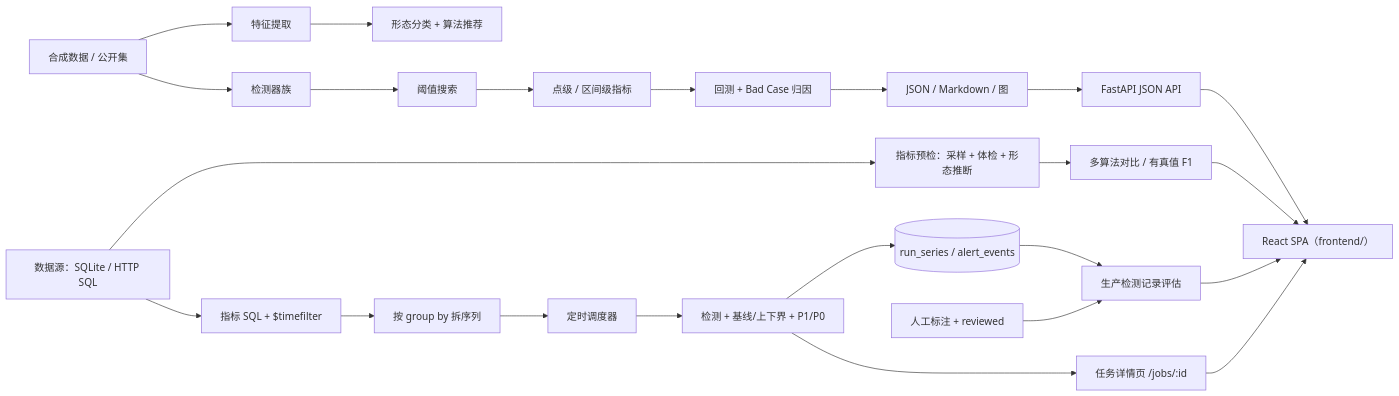
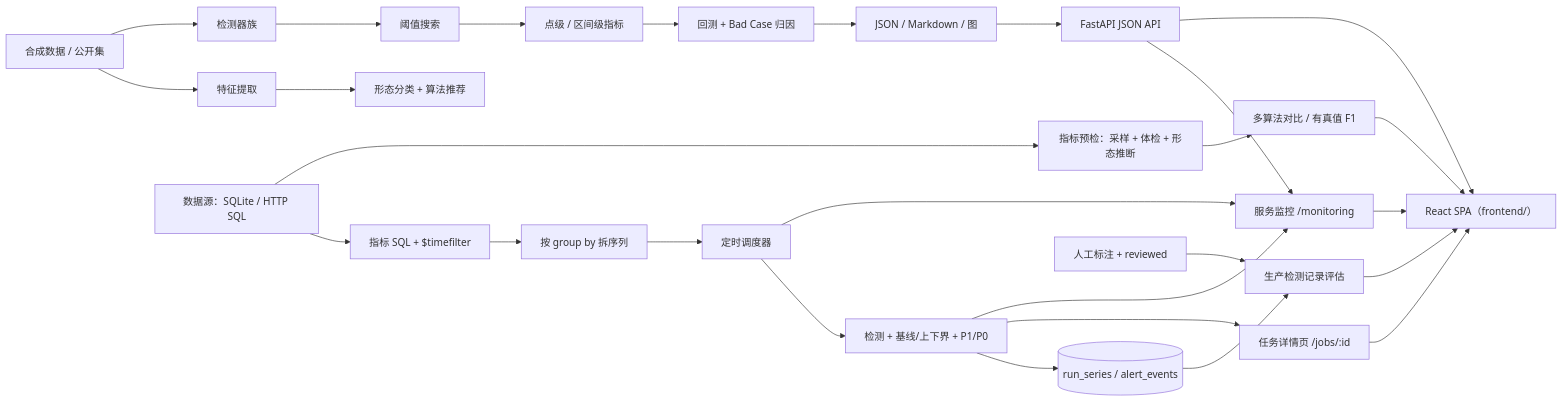
One commit to RiverWind1024/anomaly-lab changed the diagram in README.md. Above: the diagram before and after it, drawn with Mermaid. The commit also changed other lines of this file and 10 other files, not shown here.

````diff
--- a/README.md
+++ b/README.md
@@ -31,25 +63,29 @@
 ```mermaid
 flowchart LR
   A[合成数据 / 公开集] --> B[特征提取]
   B --> C[形态分类 + 算法推荐]
   A --> D[检测器族]
   D --> E[阈值搜索]
   E --> F[点级 / 区间级指标]
   F --> G[回测 + Bad Case 归因]
   G --> H[JSON / Markdown / 图]
   H --> I[FastAPI JSON API]
   S[数据源：SQLite / HTTP SQL] --> SP[指标 SQL + $timefilter]
   SP --> SPL[按 group by 拆序列]
   SPL --> SCH[定时调度器]
   SCH --> RUN[检测 + 基线/上下界 + P1/P0]
   RUN --> RS[(run_series / alert_events)]
   S --> LAB[指标预检：采样 + 体检 + 形态推断]
   LAB --> LBR[多算法对比 / 有真值 F1]
   RS --> PE[生产检测记录评估]
   AN[人工标注 + reviewed] --> PE
   RUN --> PV[任务详情页 /jobs/:id]
+  I --> OBS[服务监控 /monitoring]
+  RUN --> OBS
+  SCH --> OBS
   I --> FE[React SPA（frontend/）]
   LBR --> FE
   PE --> FE
   PV --> FE
+  OBS --> FE
 ```
````
